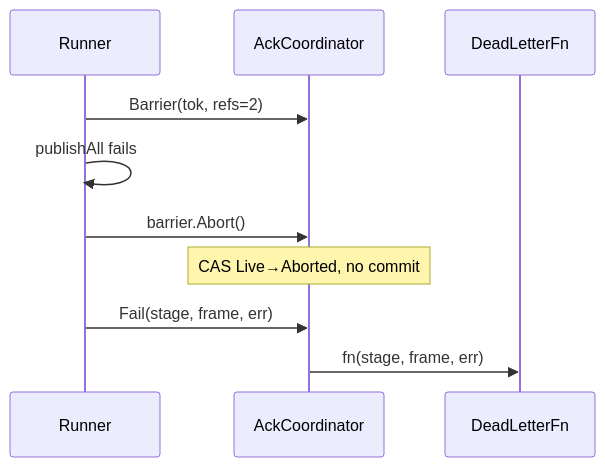
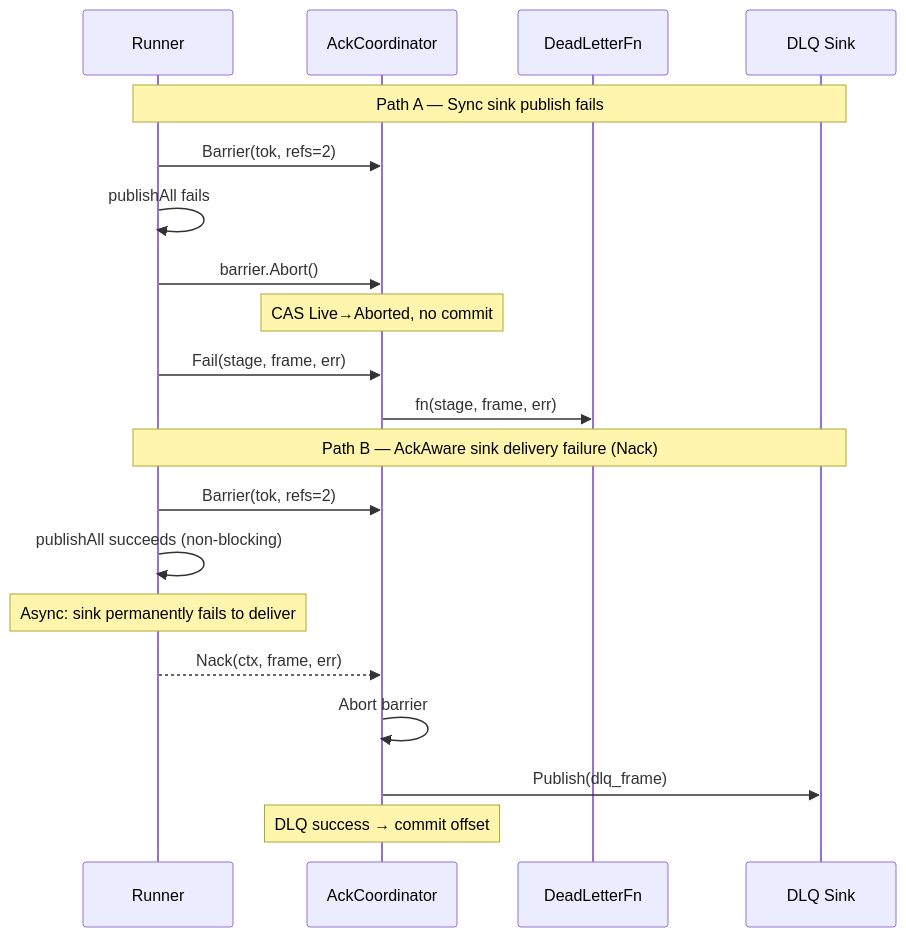
Before and after one commit to mohsanabbas/quanta: the sixth of 6 diagrams in docs/specs/architecture.md, drawn with Mermaid. The commit also changed 4 other files, not shown here.

````diff
--- a/docs/specs/architecture.md
+++ b/docs/specs/architecture.md
@@ -142,13 +142,24 @@
 ```mermaid
 sequenceDiagram
   participant Runner
   participant Coordinator as AckCoordinator
   participant DeadLetter as DeadLetterFn
+  participant DLQ as DLQ Sink
 
+  Note over Runner,DLQ: Path A — Sync sink publish fails
   Runner->>Coordinator: Barrier(tok, refs=2)
   Runner->>Runner: publishAll fails
   Runner->>Coordinator: barrier.Abort()
   Note over Coordinator: CAS Live→Aborted, no commit
   Runner->>Coordinator: Fail(stage, frame, err)
   Coordinator->>DeadLetter: fn(stage, frame, err)
+
+  Note over Runner,DLQ: Path B — AckAware sink delivery failure (Nack)
+  Runner->>Coordinator: Barrier(tok, refs=2)
+  Runner->>Runner: publishAll succeeds (non-blocking)
+  Note over Runner: Async: sink permanently fails to deliver
+  Runner-->>Coordinator: Nack(ctx, frame, err)
+  Coordinator->>Coordinator: Abort barrier
+  Coordinator->>DLQ: Publish(dlq_frame)
+  Note over Coordinator: DLQ success → commit offset
 ```
````
